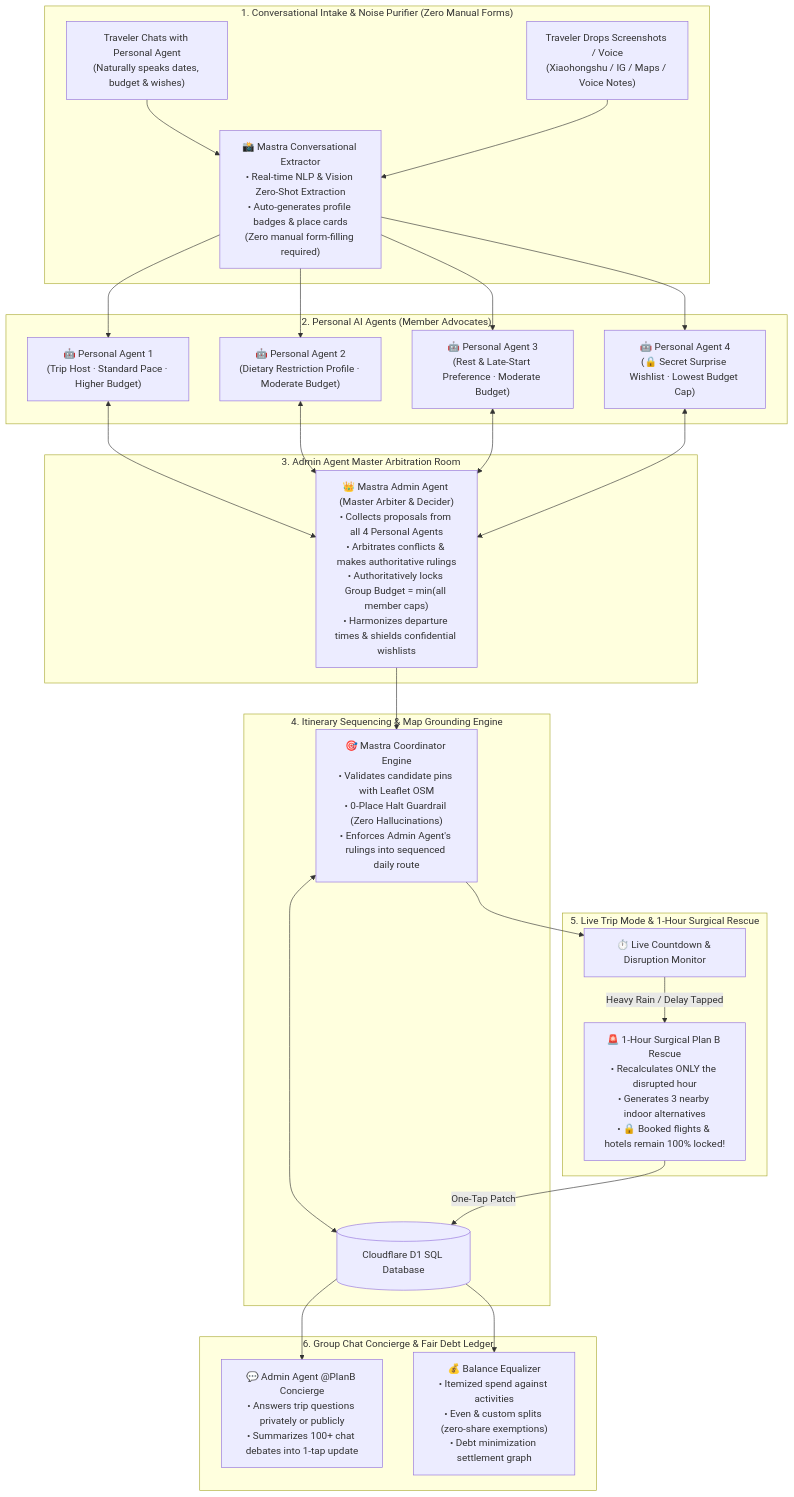
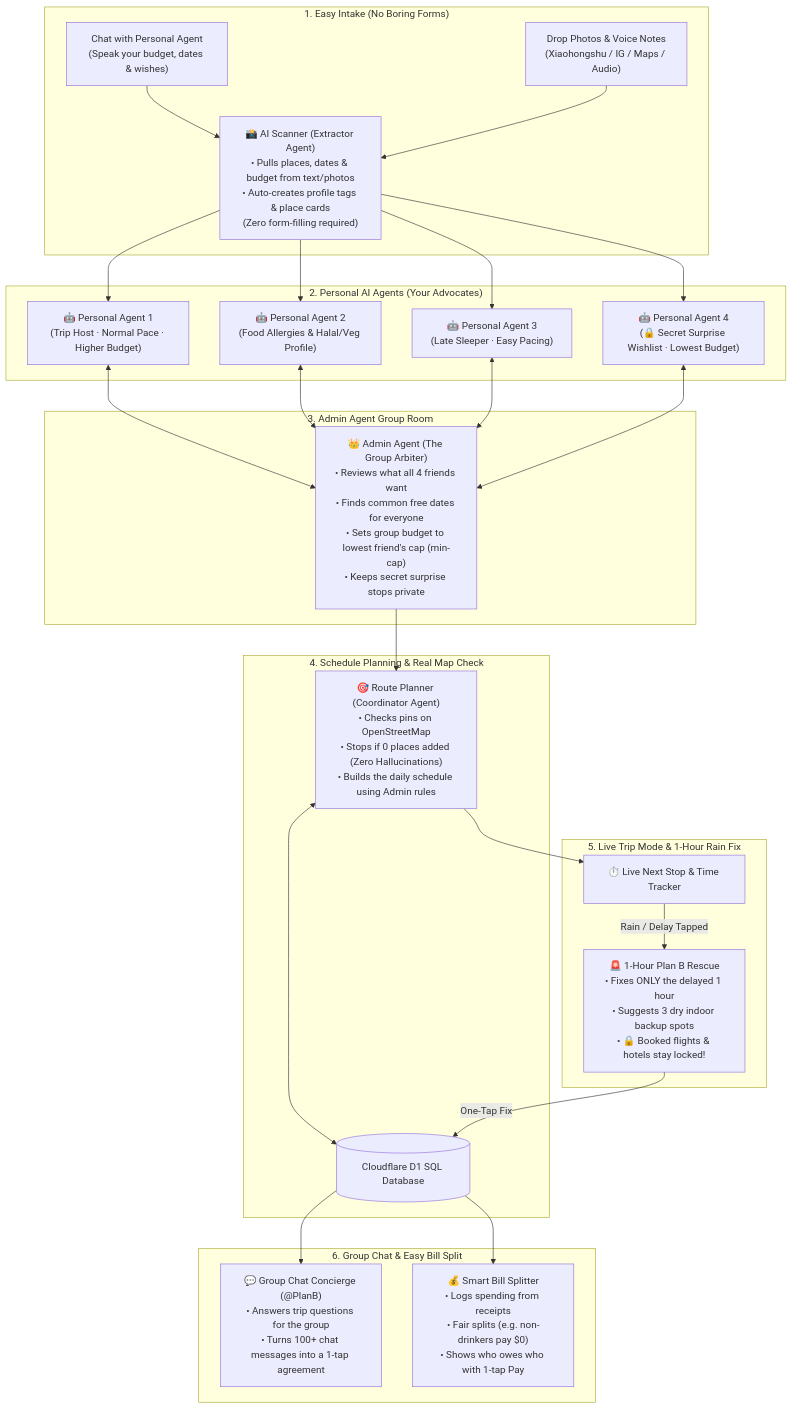
Before and after one commit to nlzce/We-are-the-champions_Plan-B: the fourth of 21 diagrams in README.md, drawn with Mermaid. The commit also changed other lines of this file, not shown here.

Commit message:
docs: rewrite README in plain conversational English

````diff
--- a/README.md
+++ b/README.md
@@ -157,51 +157,51 @@
 ```mermaid
 flowchart TD
-  subgraph INTAKE["1. Conversational Intake & Noise Purifier (Zero Manual Forms)"]
-    U1["Traveler Chats with Personal Agent<br/>(Naturally speaks dates, budget & wishes)"]
-    U2["Traveler Drops Screenshots / Voice<br/>(Xiaohongshu / IG / Maps / Voice Notes)"]
-    ExtractAgent["📸 Mastra Conversational Extractor<br/>• Real-time NLP & Vision Zero-Shot Extraction<br/>• Auto-generates profile badges & place cards<br/>(Zero manual form-filling required)"]
+  subgraph INTAKE["1. Easy Intake (No Boring Forms)"]
+    U1["Chat with Personal Agent<br/>(Speak your budget, dates & wishes)"]
+    U2["Drop Photos & Voice Notes<br/>(Xiaohongshu / IG / Maps / Audio)"]
+    ExtractAgent["📸 AI Scanner (Extractor Agent)<br/>• Pulls places, dates & budget from text/photos<br/>• Auto-creates profile tags & place cards<br/>(Zero form-filling required)"]
     U1 --> ExtractAgent
     U2 --> ExtractAgent
   end
 
-  subgraph PERSONAL_AGENTS["2. Personal AI Agents (Member Advocates)"]
-    Agent1["🤖 Personal Agent 1<br/>(Trip Host · Standard Pace · Higher Budget)"]
-    Agent2["🤖 Personal Agent 2<br/>(Dietary Restriction Profile · Moderate Budget)"]
-    Agent3["🤖 Personal Agent 3<br/>(Rest & Late-Start Preference · Moderate Budget)"]
-    Agent4["🤖 Personal Agent 4<br/>(🔒 Secret Surprise Wishlist · Lowest Budget Cap)"]
+  subgraph PERSONAL_AGENTS["2. Personal AI Agents (Your Advocates)"]
+    Agent1["🤖 Personal Agent 1<br/>(Trip Host · Normal Pace · Higher Budget)"]
+    Agent2["🤖 Personal Agent 2<br/>(Food Allergies & Halal/Veg Profile)"]
+    Agent3["🤖 Personal Agent 3<br/>(Late Sleeper · Easy Pacing)"]
+    Agent4["🤖 Personal Agent 4<br/>(🔒 Secret Surprise Wishlist · Lowest Budget)"]
     ExtractAgent --> Agent1
     ExtractAgent --> Agent2
     ExtractAgent --> Agent3
     ExtractAgent --> Agent4
   end
 
-  subgraph ARBITRATION["3. Admin Agent Master Arbitration Room"]
-    AdminAgent["👑 Mastra Admin Agent (Master Arbiter & Decider)<br/>• Collects proposals from all 4 Personal Agents<br/>• Arbitrates conflicts & makes authoritative rulings<br/>• Authoritatively locks Group Budget = min(all member caps)<br/>• Harmonizes departure times & shields confidential wishlists"]
+  subgraph ARBITRATION["3. Admin Agent Group Room"]
+    AdminAgent["👑 Admin Agent (The Group Arbiter)<br/>• Reviews what all 4 friends want<br/>• Finds common free dates for everyone<br/>• Sets group budget to lowest friend's cap (min-cap)<br/>• Keeps secret surprise stops private"]
     Agent1 <--> AdminAgent
     Agent2 <--> AdminAgent
     Agent3 <--> AdminAgent
     Agent4 <--> AdminAgent
   end
 
-  subgraph ORCHESTRATOR["4. Itinerary Sequencing & Map Grounding Engine"]
-    Coord["🎯 Mastra Coordinator Engine<br/>• Validates candidate pins with Leaflet OSM<br/>• 0-Place Halt Guardrail (Zero Hallucinations)<br/>• Enforces Admin Agent's rulings into sequenced daily route"]
+  subgraph ORCHESTRATOR["4. Schedule Planning & Real Map Check"]
+    Coord["🎯 Route Planner (Coordinator Agent)<br/>• Checks pins on OpenStreetMap<br/>• Stops if 0 places added (Zero Hallucinations)<br/>• Builds the daily schedule using Admin rules"]
     AdminAgent --> Coord
     D1[(Cloudflare D1 SQL Database)]
     Coord <--> D1
   end
 
-  subgraph EXECUTION["5. Live Trip Mode & 1-Hour Surgical Rescue"]
-    Live["⏱️ Live Countdown & Disruption Monitor"]
-    Rescue["🚨 1-Hour Surgical Plan B Rescue<br/>• Recalculates ONLY the disrupted hour<br/>• Generates 3 nearby indoor alternatives<br/>• 🔒 Booked flights & hotels remain 100% locked!"]
+  subgraph EXECUTION["5. Live Trip Mode & 1-Hour Rain Fix"]
+    Live["⏱️ Live Next Stop & Time Tracker"]
+    Rescue["🚨 1-Hour Plan B Rescue<br/>• Fixes ONLY the delayed 1 hour<br/>• Suggests 3 dry indoor backup spots<br/>• 🔒 Booked flights & hotels stay locked!"]
     Coord --> Live
-    Live -->|"Heavy Rain / Delay Tapped"| Rescue
-    Rescue -->|"One-Tap Patch"| D1
+    Live -->|"Rain / Delay Tapped"| Rescue
+    Rescue -->|"One-Tap Fix"| D1
   end
 
-  subgraph CONCIERGE["6. Group Chat Concierge & Fair Debt Ledger"]
-    Concierge["💬 Admin Agent @PlanB Concierge<br/>• Answers trip questions privately or publicly<br/>• Summarizes 100+ chat debates into 1-tap update"]
-    Settle["💰 Balance Equalizer<br/>• Itemized spend against activities<br/>• Even & custom splits (zero-share exemptions)<br/>• Debt minimization settlement graph"]
+  subgraph CONCIERGE["6. Group Chat & Easy Bill Split"]
+    Concierge["💬 Group Chat Concierge (@PlanB)<br/>• Answers trip questions for the group<br/>• Turns 100+ chat messages into a 1-tap agreement"]
+    Settle["💰 Smart Bill Splitter<br/>• Logs spending from receipts<br/>• Fair splits (e.g. non-drinkers pay $0)<br/>• Shows who owes who with 1-tap Pay"]
     D1 --> Concierge
     D1 --> Settle
   end
 ```
````
